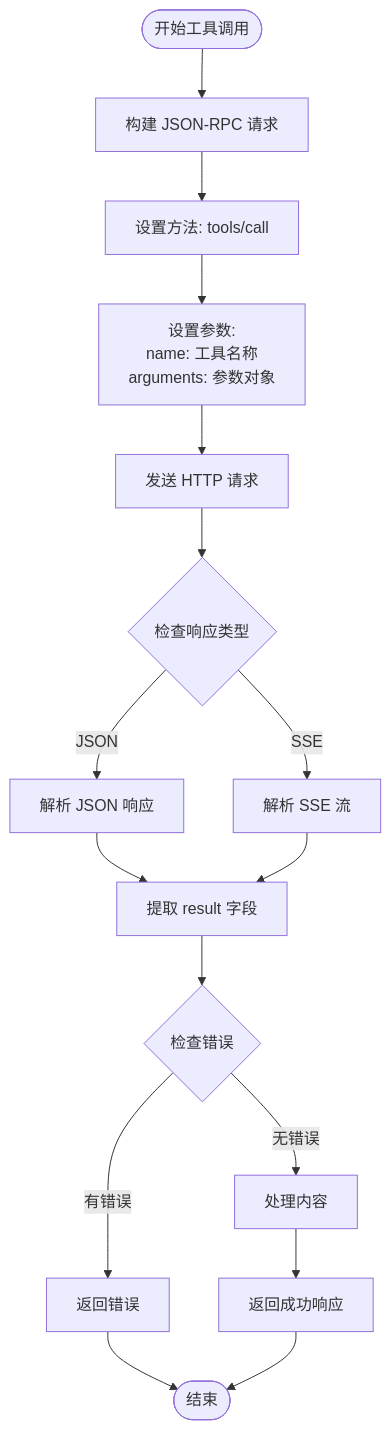
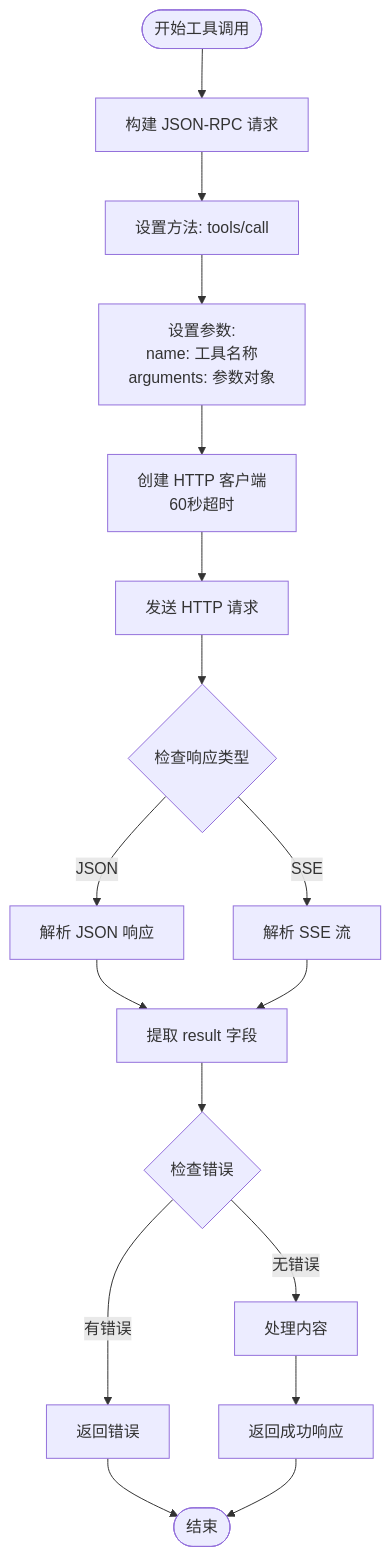
One commit to baike08/cosurf changed the fifth of 13 diagrams in .qoder/repowiki/zh/content/MCP 协议集成/MCP 客户端实现.md. Above: the diagram before and after it, drawn with Mermaid. The commit also changed other lines of this file and 23 other files, not shown here.

````diff
--- a/.qoder/repowiki/zh/content/MCP 协议集成/MCP 客户端实现.md
+++ b/.qoder/repowiki/zh/content/MCP 协议集成/MCP 客户端实现.md
@@ -238,18 +272,19 @@
 ```mermaid
 flowchart TD
 Start([开始工具调用]) --> BuildReq["构建 JSON-RPC 请求"]
 BuildReq --> SetMethod["设置方法: tools/call"]
 SetMethod --> SetParams["设置参数:<br/>name: 工具名称<br/>arguments: 参数对象"]
-SetParams --> SendReq["发送 HTTP 请求"]
+SetParams --> CreateClient["创建 HTTP 客户端<br/>60秒超时"]
+CreateClient --> SendReq["发送 HTTP 请求"]
 SendReq --> CheckResp{"检查响应类型"}
 CheckResp --> |JSON| ParseJSON["解析 JSON 响应"]
 CheckResp --> |SSE| ParseSSE["解析 SSE 流"]
 ParseJSON --> ExtractResult["提取 result 字段"]
 ParseSSE --> ExtractResult
 ExtractResult --> CheckError{"检查错误"}
 CheckError --> |有错误| ReturnError["返回错误"]
 CheckError --> |无错误| ProcessContent["处理内容"]
 ProcessContent --> ReturnSuccess["返回成功响应"]
 ReturnError --> End([结束])
 ReturnSuccess --> End
 ```
````
